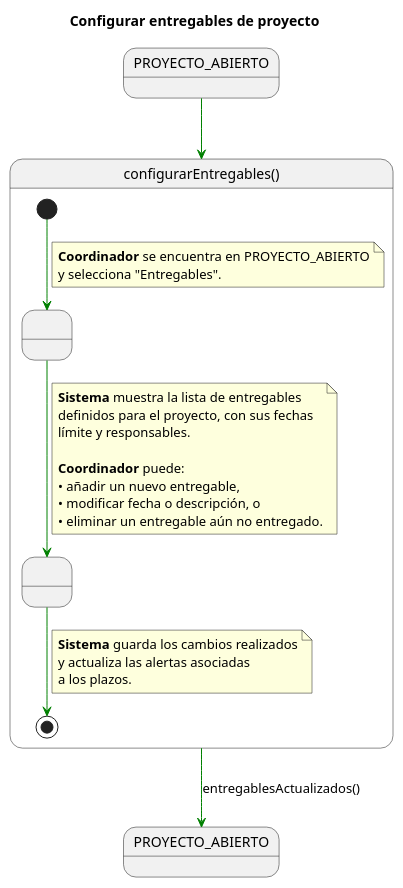
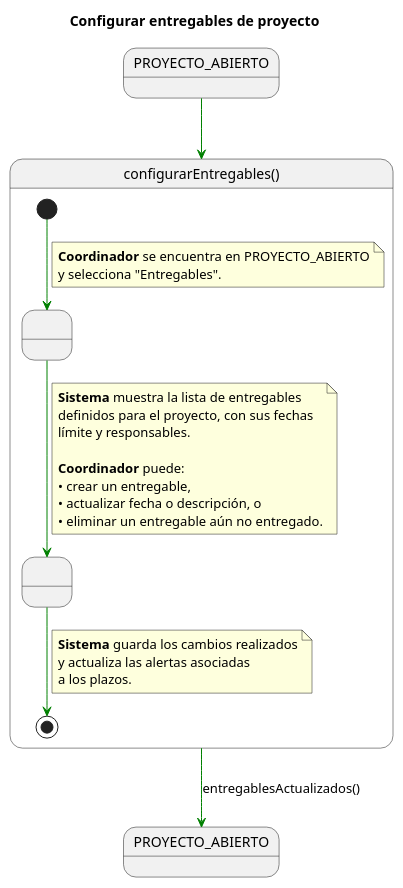
The diagram in documents/CasosDeUso/DetalladoCasosDeUso/Coordinador/configurarEntregables().puml (31Diego/25-26-IdSw1-SdR), drawn with PlantUML before and after one commit. The commit also changed 9 other files, not shown here.

Commit message:
refactor: actualizar terminología a convención CRUD en todos los diagramas

```diff
--- a/documents/CasosDeUso/DetalladoCasosDeUso/Coordinador/configurarEntregables().puml
+++ b/documents/CasosDeUso/DetalladoCasosDeUso/Coordinador/configurarEntregables().puml
@@ -1,43 +1,43 @@
 @startuml ConfigurarEntregables
 title Configurar entregables de proyecto
 skinparam linetype polyline
 
 state PROYECTO_ABIERTO_INICIAL as "PROYECTO_ABIERTO"
 state PROYECTO_ABIERTO_FINAL   as "PROYECTO_ABIERTO"
 
 PROYECTO_ABIERTO_INICIAL -[#green]-> configurarEntregables
 
 state configurarEntregables as "configurarEntregables()" {
 
-    state " " as VerListaEntregables
-    state " " as EditarEntregables
+    state " " as ConsultarListaEntregables
+    state " " as ActualizarEntregables
 
-    [*] -[#green]-> VerListaEntregables
+    [*] -[#green]-> ConsultarListaEntregables
     note on link
     <b>Coordinador</b> se encuentra en PROYECTO_ABIERTO
     y selecciona "Entregables".
     end note
 
-    VerListaEntregables -[#green]-> EditarEntregables
+    ConsultarListaEntregables -[#green]-> ActualizarEntregables
     note on link
     <b>Sistema</b> muestra la lista de entregables
     definidos para el proyecto, con sus fechas
     límite y responsables.
 
     <b>Coordinador</b> puede:
-    • añadir un nuevo entregable,
-    • modificar fecha o descripción, o
+    • crear un entregable,
+    • actualizar fecha o descripción, o
     • eliminar un entregable aún no entregado.
     end note
 
-    EditarEntregables -[#green]-> [*]
+    ActualizarEntregables -[#green]-> [*]
     note on link
     <b>Sistema</b> guarda los cambios realizados
     y actualiza las alertas asociadas
     a los plazos.
     end note
 }
 
 configurarEntregables -[#green]-> PROYECTO_ABIERTO_FINAL : entregablesActualizados()
 
 @enduml
```
